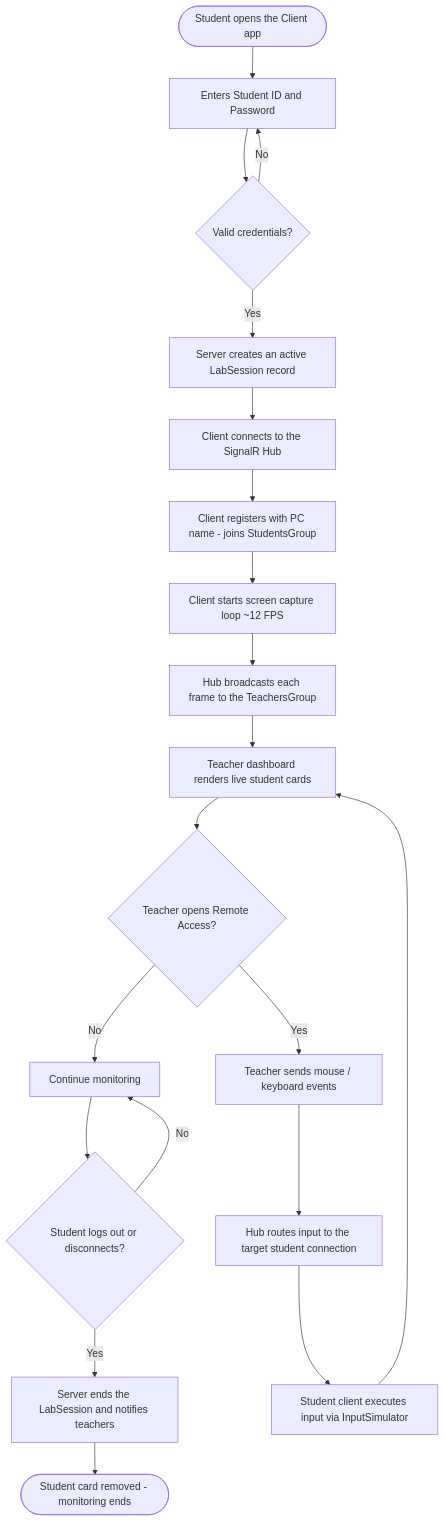
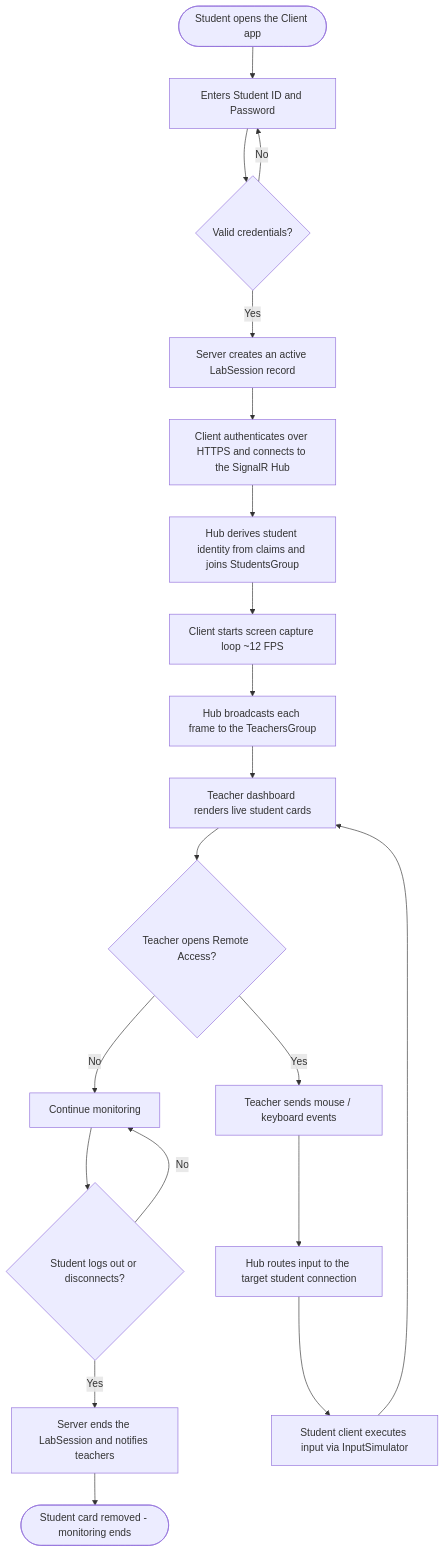
Before and after one commit to ACTstudent/RemoteAcessMonitoringSoftware4sale: the diagram in DIAGRAMS/Flowchart.md, drawn with Mermaid. The commit also changed other lines of this file and 46 other files, not shown here.

````diff
--- a/DIAGRAMS/Flowchart.md
+++ b/DIAGRAMS/Flowchart.md
@@ -5,26 +5,26 @@
 ```mermaid
 flowchart TD
     A([Student opens the Client app]) --> B[Enters Student ID and Password]
     B --> C{Valid credentials?}
     C -- No --> B
     C -- Yes --> D[Server creates an active LabSession record]
 
-    D --> E[Client connects to the SignalR Hub]
-    E --> F[Client registers with PC name - joins StudentsGroup]
+    D --> E[Client authenticates over HTTPS and connects to the SignalR Hub]
+    E --> F[Hub derives student identity from claims and joins StudentsGroup]
     F --> G[Client starts screen capture loop ~12 FPS]
 
     G --> H[Hub broadcasts each frame to the TeachersGroup]
     H --> I[Teacher dashboard renders live student cards]
 
     I --> J{Teacher opens Remote Access?}
     J -- No --> K[Continue monitoring]
     J -- Yes --> L[Teacher sends mouse / keyboard events]
     L --> M[Hub routes input to the target student connection]
     M --> N[Student client executes input via InputSimulator]
     N --> I
 
     K --> O{Student logs out or disconnects?}
     O -- No --> K
     O -- Yes --> P[Server ends the LabSession and notifies teachers]
     P --> Q([Student card removed - monitoring ends])
 ```
````
